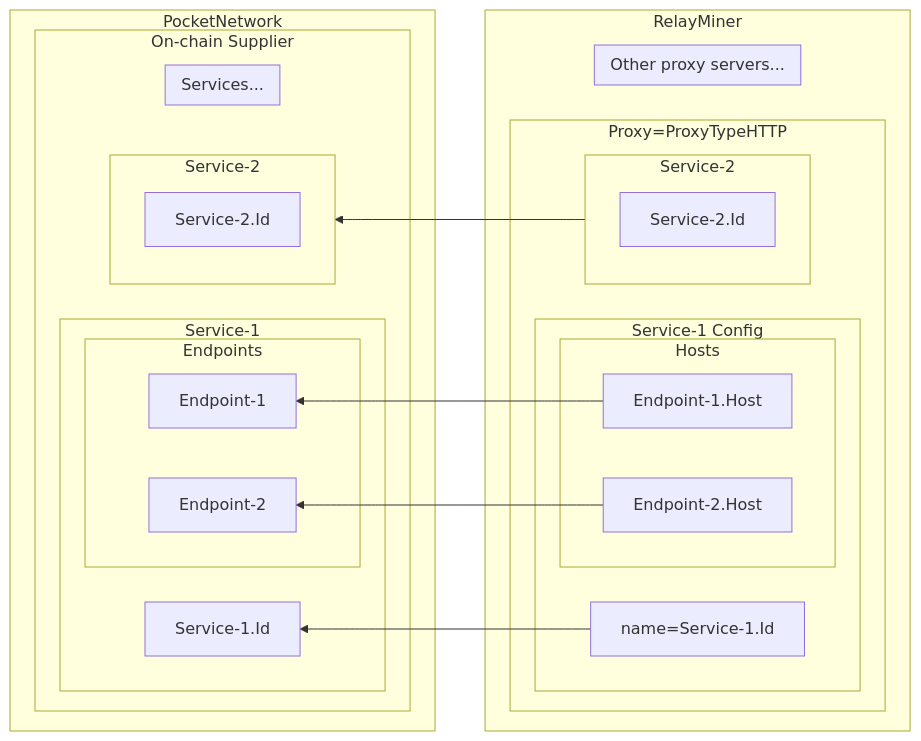
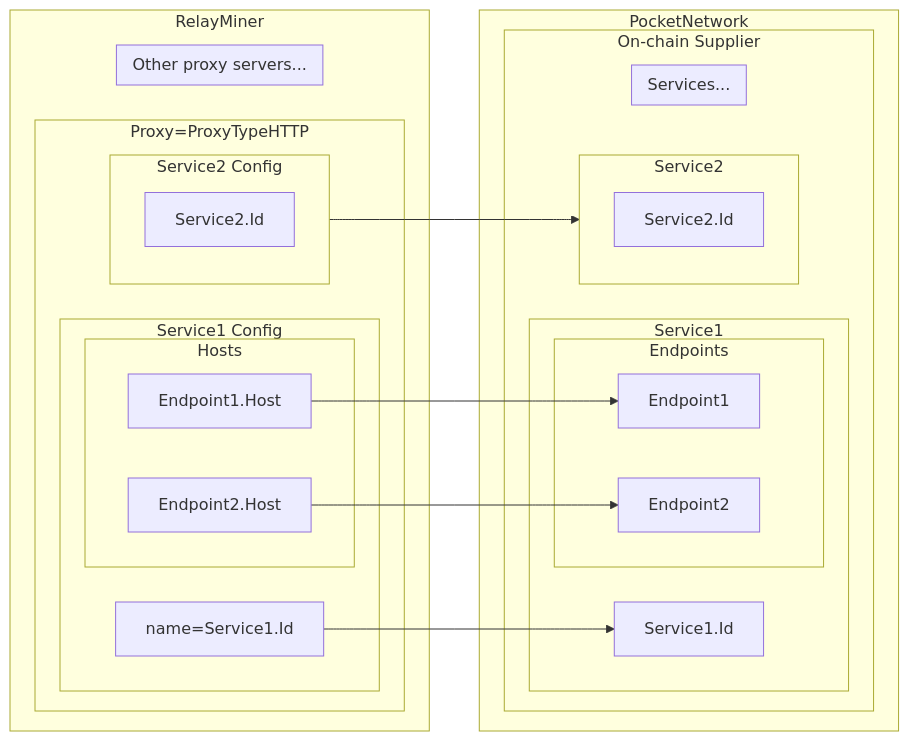
The diagram in docusaurus/docs/configs/relayminer_config.md (pokt-network/poktroll), drawn with Mermaid before and after one commit. The commit also changed other lines of this file, not shown here.

Commit message:
docs: Add more notes

````diff
--- a/docusaurus/docs/configs/relayminer_config.md
+++ b/docusaurus/docs/configs/relayminer_config.md
@@ -288,37 +291,37 @@
 ```mermaid
-flowchart RL
+flowchart LR
   subgraph PocketNetwork
     subgraph Supplier[On-chain Supplier]
-      subgraph Svc1[Service-1]
-        SId1[Service-1.Id]
+      subgraph Svc1[Service1]
+        SId1[Service1.Id]
         subgraph Endpoints
-          EP1[Endpoint-1]
-          EP2[Endpoint-2]
+          EP1[Endpoint1]
+          EP2[Endpoint2]
         end
       end
-      subgraph Svc2[Service-2]
-        SId2[Service-2.Id]
+      subgraph Svc2[Service2]
+        SId2[Service2.Id]
       end
       subgraph Svcs[Services...]
       end
     end
   end
 
   subgraph RelayMiner
     subgraph HTTP[Proxy=ProxyTypeHTTP]
-      subgraph CSvc1[Service-1 Config]
-        CSId1[name=Service-1.Id]-->SId1
+      subgraph CSvc1[Service1 Config]
+        CSId1[name=Service1.Id]-->SId1
         subgraph Hosts
-          H1[Endpoint-1.Host]-->EP1
-          H2[Endpoint-2.Host]-->EP2
+          H1[Endpoint1.Host]-->EP1
+          H2[Endpoint2.Host]-->EP2
         end
       end
-      subgraph CSvc2[Service-2]
-        CSId2[Service-2.Id]
+      subgraph CSvc2[Service2 Config]
+        CSId2[Service2.Id]
       end
     end
     subgraph Proxies[Other proxy servers...]
     end
   end
   CSvc2-->Svc2
 ```
````
